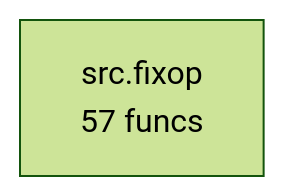
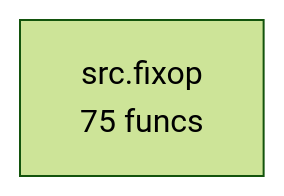
One commit to semcod/fixop changed the diagram in project/compact_flow.mmd. Above: the diagram before and after it, drawn with Mermaid (forest theme). The commit also changed 33 other files, not shown here.

```diff
--- a/project/compact_flow.mmd
+++ b/project/compact_flow.mmd
@@ -1,2 +1,2 @@
 flowchart TD
-    src_fixop["src.fixop<br/>57 funcs"]
+    src_fixop["src.fixop<br/>75 funcs"]
```
